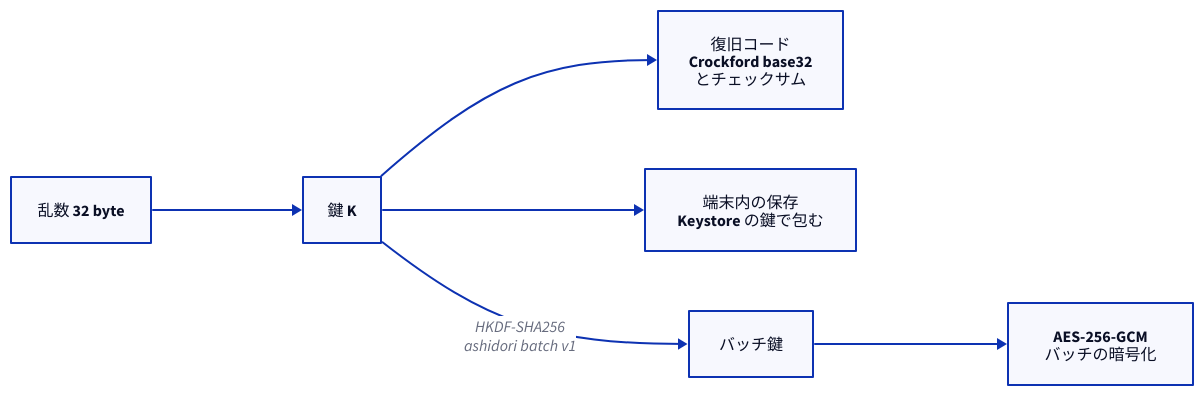
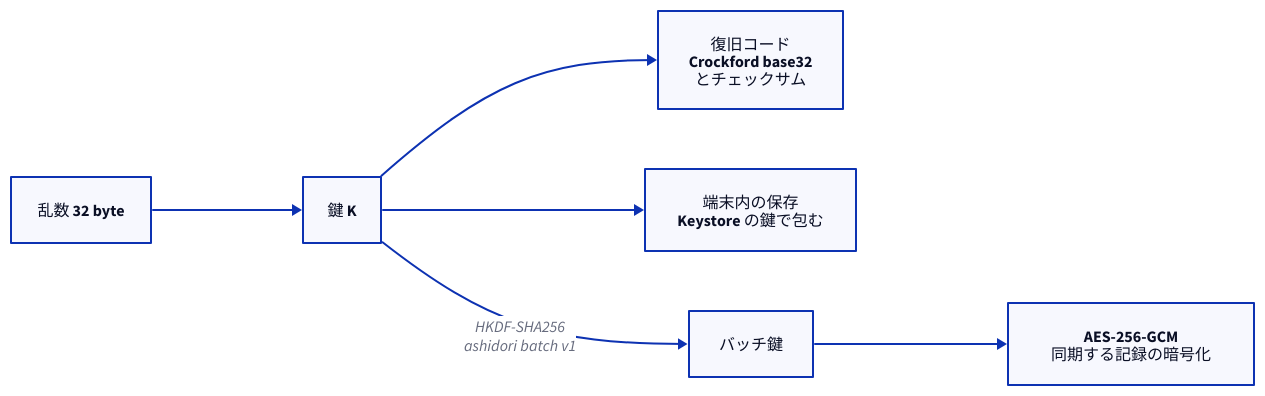
The diagram in docs/diagrams/encryption-keys.d2 (sksat/ashidori), drawn with D2 before and after one commit. The commit also changed 26 other files, not shown here.

```diff
--- a/docs/diagrams/encryption-keys.d2
+++ b/docs/diagrams/encryption-keys.d2
@@ -1,15 +1,15 @@
 # 鍵の関係（docs/encryption.md）
 direction: right
 
 rand: 乱数 32 byte
 k: 鍵 K
 code: "復旧コード\nCrockford base32\nとチェックサム"
 store: "端末内の保存\nKeystore の鍵で包む"
 bk: バッチ鍵
-gcm: "AES-256-GCM\nバッチの暗号化"
+gcm: "AES-256-GCM\n同期する記録の暗号化"
 
 rand -> k
 k -> code
 k -> store
 k -> bk: "HKDF-SHA256\nashidori batch v1"
 bk -> gcm
```
